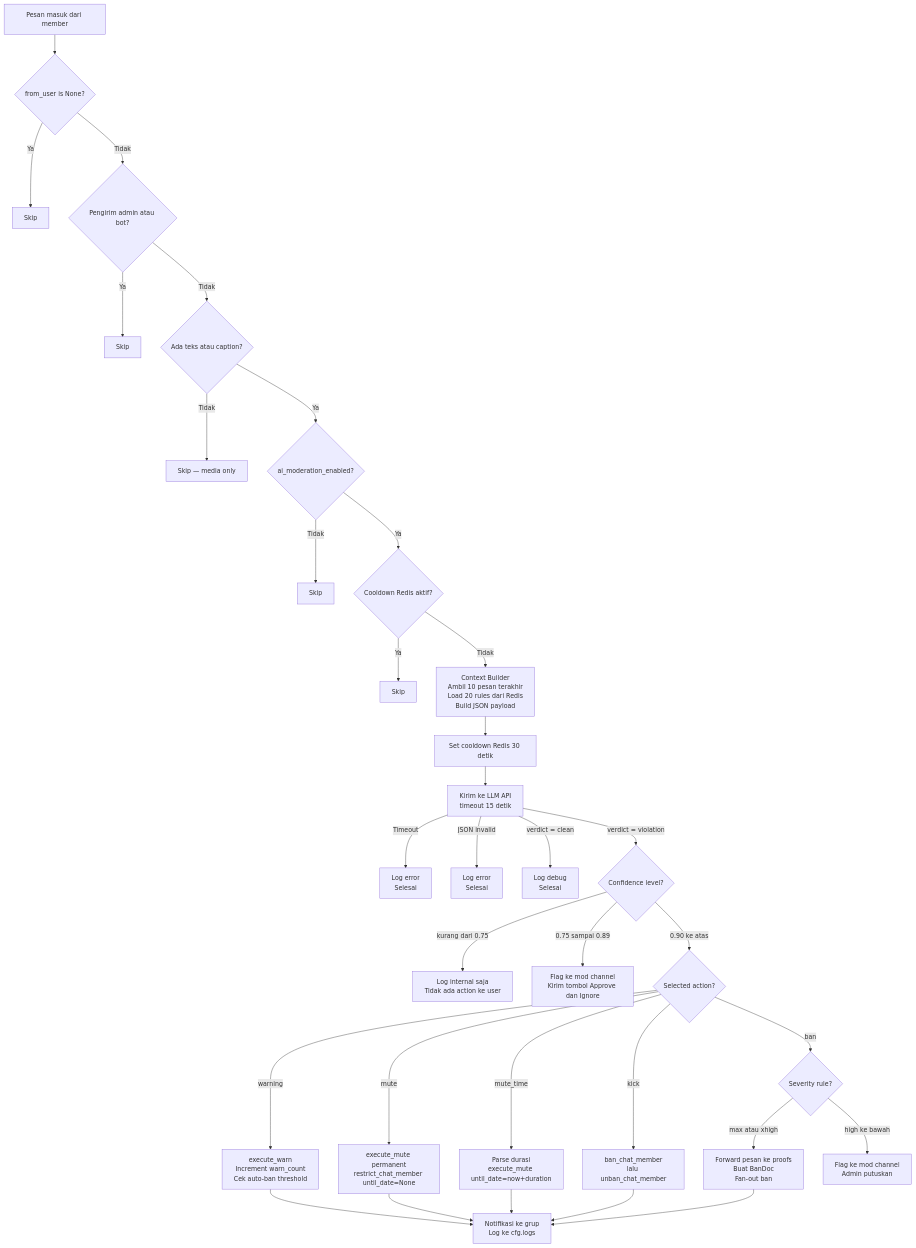
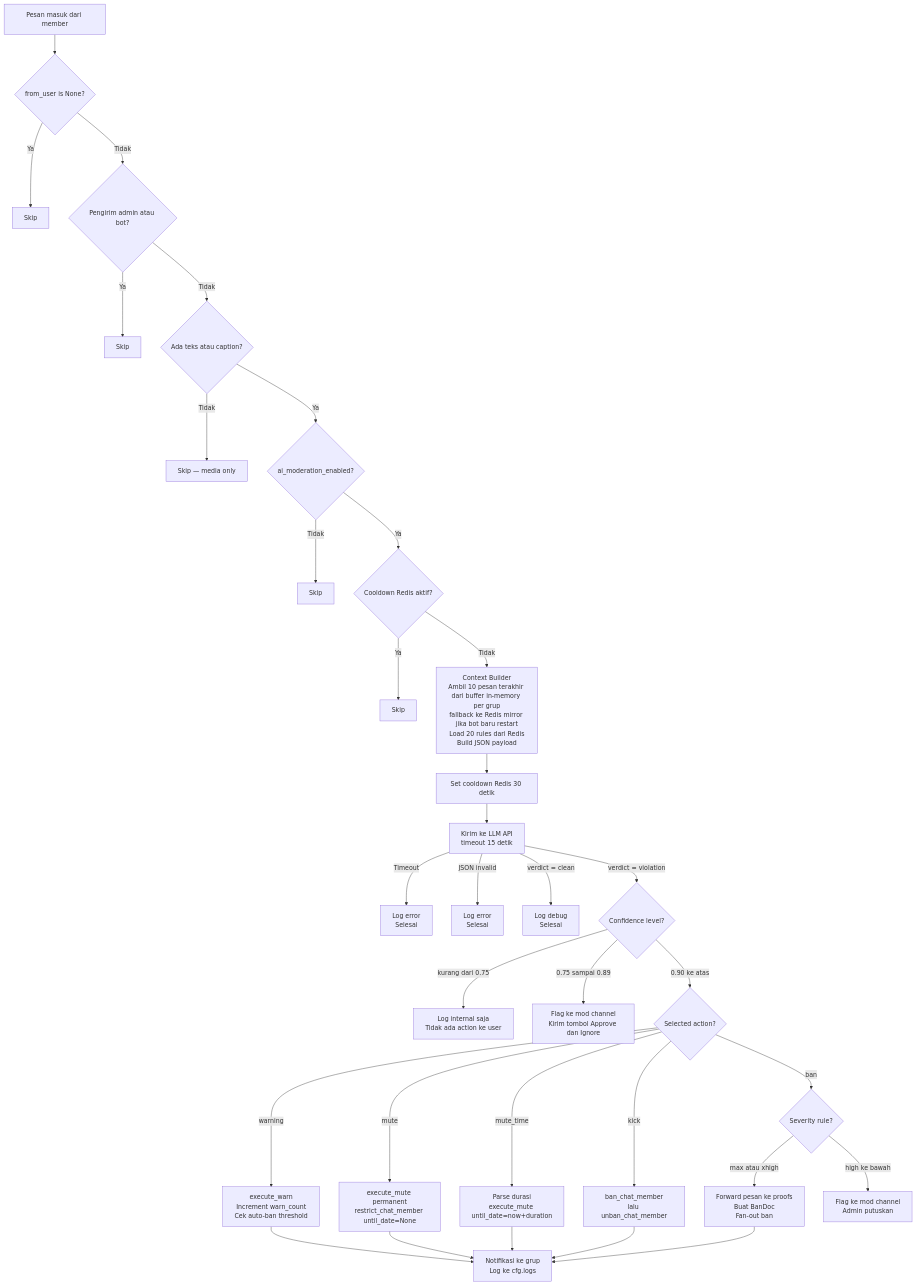
One commit to D1ZZY4/tcbot changed the fourth of 15 diagrams in PRD.md. Above: the diagram before and after it, drawn with Mermaid. The commit also changed other lines of this file, not shown here.

````diff
--- a/PRD.md
+++ b/PRD.md
@@ -362,35 +403,35 @@
 ```mermaid
 flowchart TD
     MSG[Pesan masuk dari member] --> PF1{from_user is None?}
     PF1 -->|Ya| END1[Skip]
     PF1 -->|Tidak| PF2{Pengirim admin atau bot?}
     PF2 -->|Ya| END2[Skip]
     PF2 -->|Tidak| PF3{Ada teks atau caption?}
     PF3 -->|Tidak| END3[Skip — media only]
     PF3 -->|Ya| PF4{ai_moderation_enabled?}
     PF4 -->|Tidak| END4[Skip]
     PF4 -->|Ya| PF5{Cooldown Redis aktif?}
     PF5 -->|Ya| END5[Skip]
-    PF5 -->|Tidak| CB[Context Builder\nAmbil 10 pesan terakhir\nLoad 20 rules dari Redis\nBuild JSON payload]
+    PF5 -->|Tidak| CB[Context Builder\nAmbil 10 pesan terakhir dari buffer in-memory per grup\nfallback ke Redis mirror jika bot baru restart\nLoad 20 rules dari Redis\nBuild JSON payload]
     CB --> SET_CD[Set cooldown Redis 30 detik]
     SET_CD --> AI[Kirim ke LLM API\ntimeout 15 detik]
     AI -->|Timeout| ERR1[Log error\nSelesai]
     AI -->|JSON invalid| ERR2[Log error\nSelesai]
     AI -->|verdict = clean| CLEAN[Log debug\nSelesai]
     AI -->|verdict = violation| CONF{Confidence level?}
     CONF -->|kurang dari 0.75| LOW[Log internal saja\nTidak ada action ke user]
     CONF -->|0.75 sampai 0.89| FLAG[Flag ke mod channel\nKirim tombol Approve dan Ignore]
     CONF -->|0.90 ke atas| ACT{Selected action?}
     ACT -->|warning| WRN[execute_warn\nIncrement warn_count\nCek auto-ban threshold]
     ACT -->|mute| MUT[execute_mute permanent\nrestrict_chat_member until_date=None]
     ACT -->|mute_time| MTM[Parse durasi\nexecute_mute until_date=now+duration]
     ACT -->|kick| KCK[ban_chat_member\nlalu unban_chat_member]
     ACT -->|ban| BANSEV{Severity rule?}
     BANSEV -->|max atau xhigh| BANAUTO[Forward pesan ke proofs\nBuat BanDoc\nFan-out ban]
     BANSEV -->|high ke bawah| FLAG2[Flag ke mod channel\nAdmin putuskan]
     WRN --> NOTIFY[Notifikasi ke grup\nLog ke cfg.logs]
     MUT --> NOTIFY
     MTM --> NOTIFY
     KCK --> NOTIFY
     BANAUTO --> NOTIFY
 ```
````
